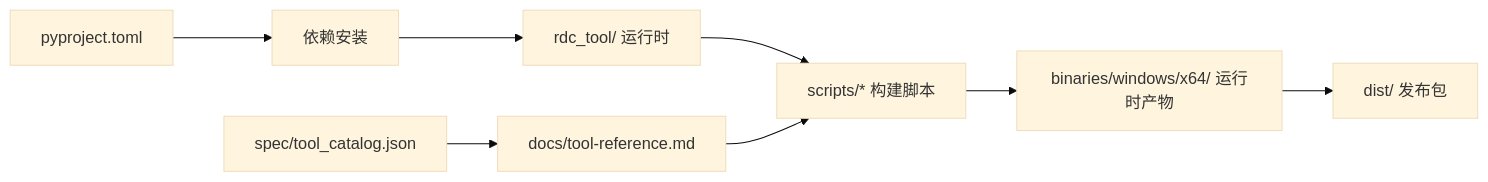
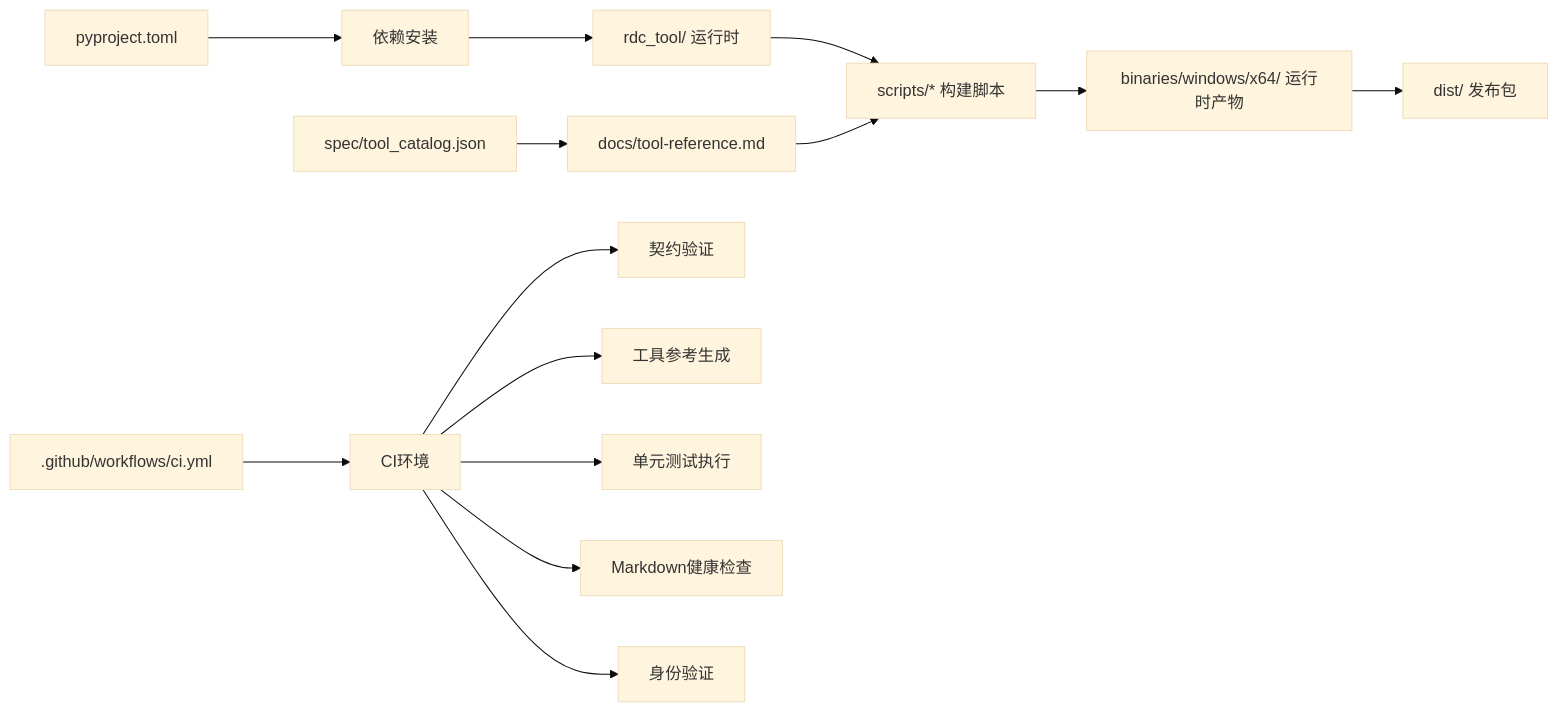
The seventh of 7 diagrams in .qoder/repowiki/zh/content/开发指南/构建和发布.md (haolange/RDC-Tool), drawn with Mermaid (base theme) before and after one commit. The commit also changed other lines of this file and 80 other files, not shown here.

````diff
--- a/.qoder/repowiki/zh/content/开发指南/构建和发布.md
+++ b/.qoder/repowiki/zh/content/开发指南/构建和发布.md
@@ -273,10 +407,16 @@
 ```mermaid
 graph LR
 A["pyproject.toml"] --> B["依赖安装"]
 B --> C["rdc_tool/ 运行时"]
 C --> D["scripts/* 构建脚本"]
 D --> E["binaries/windows/x64/ 运行时产物"]
 E --> F["dist/ 发布包"]
 G["spec/tool_catalog.json"] --> H["docs/tool-reference.md"]
 H --> D
+I[".github/workflows/ci.yml"] --> J["CI环境"]
+J --> K["契约验证"]
+J --> L["工具参考生成"]
+J --> M["单元测试执行"]
+J --> N["Markdown健康检查"]
+J --> O["身份验证"]
 ```
````
